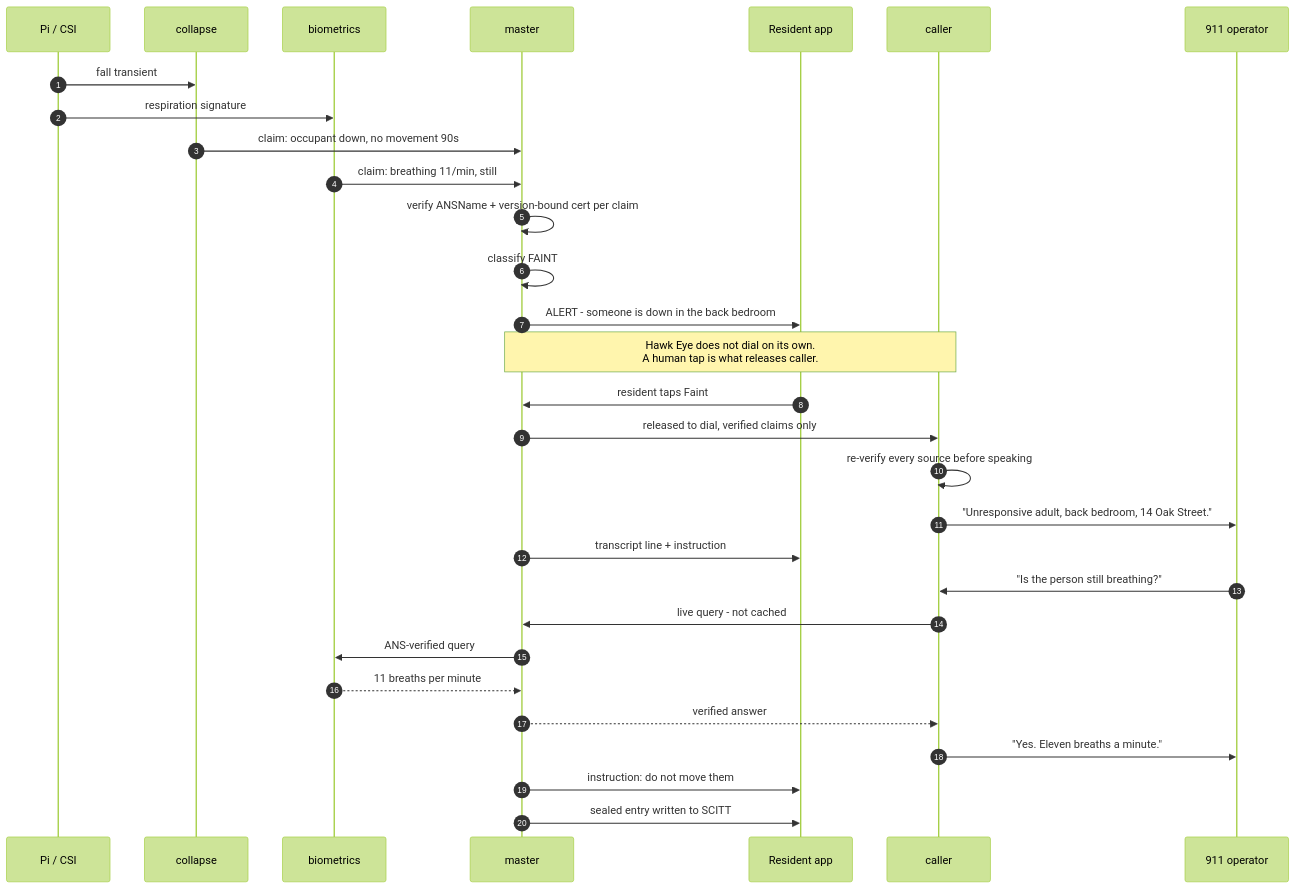
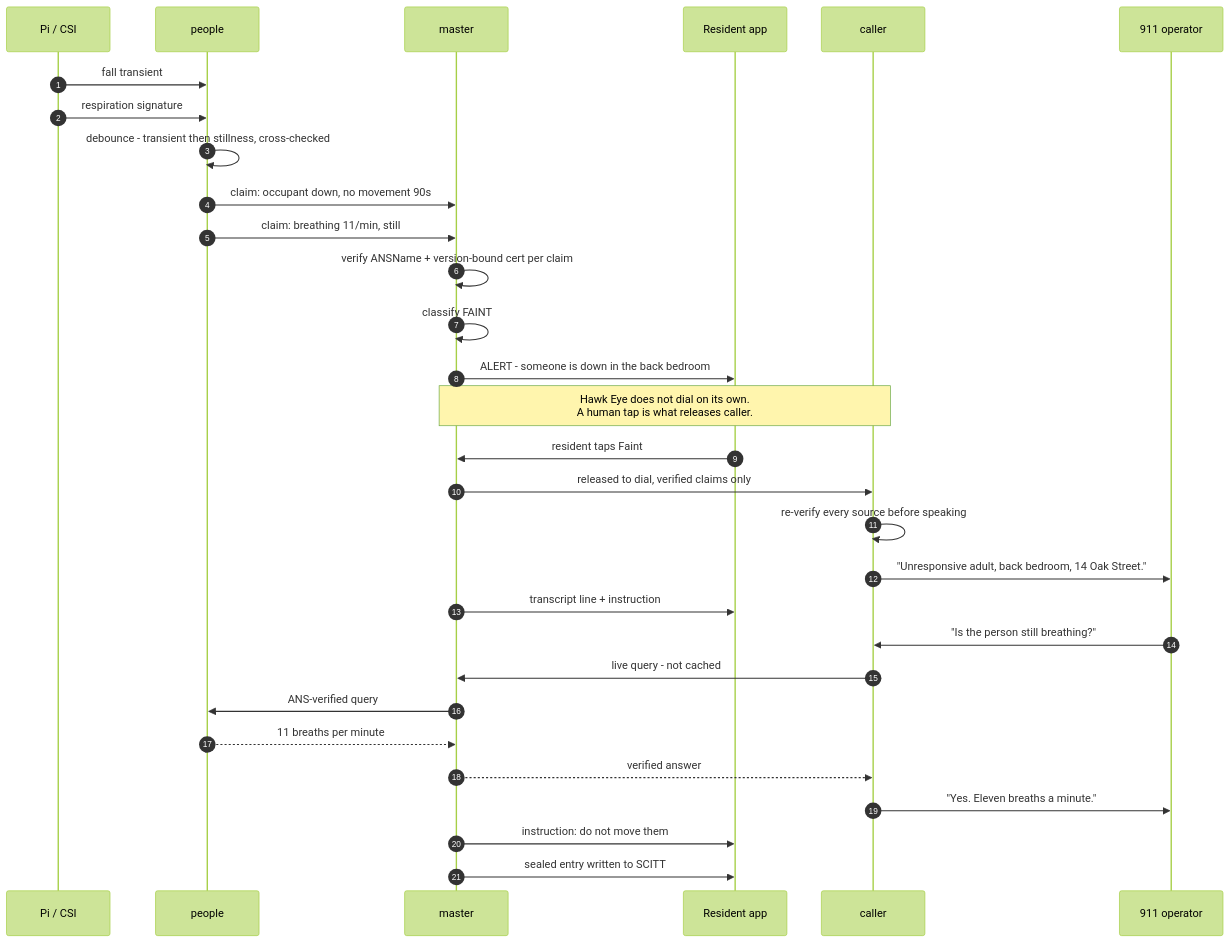
Before and after one commit to cayden-h/Radar: the second of 5 diagrams in docs/architecture-diagrams.md, drawn with Mermaid (forest theme). The commit also changed other lines of this file and 107 other files, not shown here.

````diff
--- a/docs/architecture-diagrams.md
+++ b/docs/architecture-diagrams.md
@@ -71,35 +61,35 @@
 ```mermaid
 sequenceDiagram
     autonumber
     participant P as Pi / CSI
-    participant COL as collapse
-    participant BIO as biometrics
+    participant PE as people
     participant MA as master
     participant APP as Resident app
     participant CA as caller
     participant OP as 911 operator
 
-    P->>COL: fall transient
-    P->>BIO: respiration signature
-    COL->>MA: claim: occupant down, no movement 90s
-    BIO->>MA: claim: breathing 11/min, still
+    P->>PE: fall transient
+    P->>PE: respiration signature
+    PE->>PE: debounce - transient then stillness, cross-checked
+    PE->>MA: claim: occupant down, no movement 90s
+    PE->>MA: claim: breathing 11/min, still
     MA->>MA: verify ANSName + version-bound cert per claim
     MA->>MA: classify FAINT
     MA->>APP: ALERT - someone is down in the back bedroom
 
     Note over MA,CA: Hawk Eye does not dial on its own.<br/>A human tap is what releases caller.
 
     APP->>MA: resident taps Faint
     MA->>CA: released to dial, verified claims only
     CA->>CA: re-verify every source before speaking
     CA->>OP: "Unresponsive adult, back bedroom, 14 Oak Street."
     MA->>APP: transcript line + instruction
     OP->>CA: "Is the person still breathing?"
     CA->>MA: live query - not cached
-    MA->>BIO: ANS-verified query
-    BIO-->>MA: 11 breaths per minute
+    MA->>PE: ANS-verified query
+    PE-->>MA: 11 breaths per minute
     MA-->>CA: verified answer
     CA->>OP: "Yes. Eleven breaths a minute."
     MA->>APP: instruction: do not move them
     MA->>APP: sealed entry written to SCITT
 ```
````
